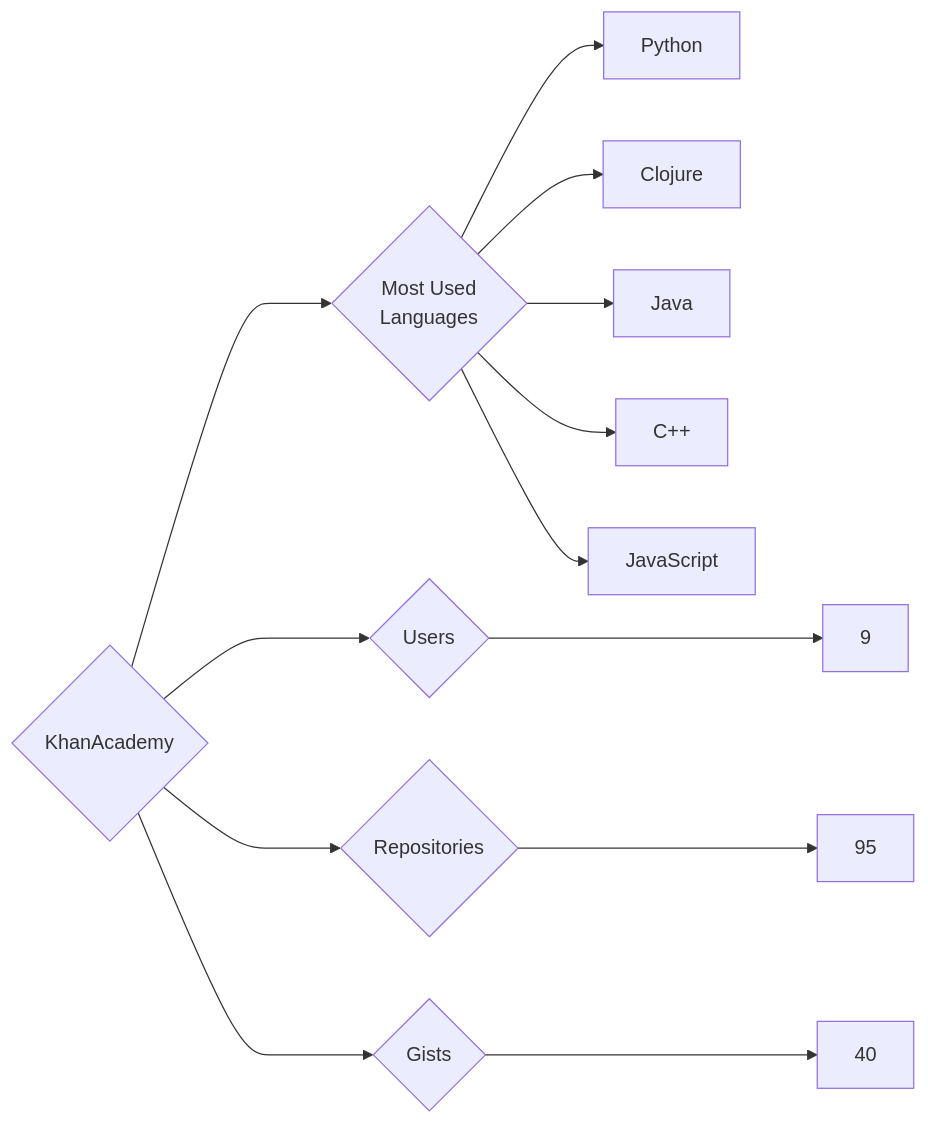
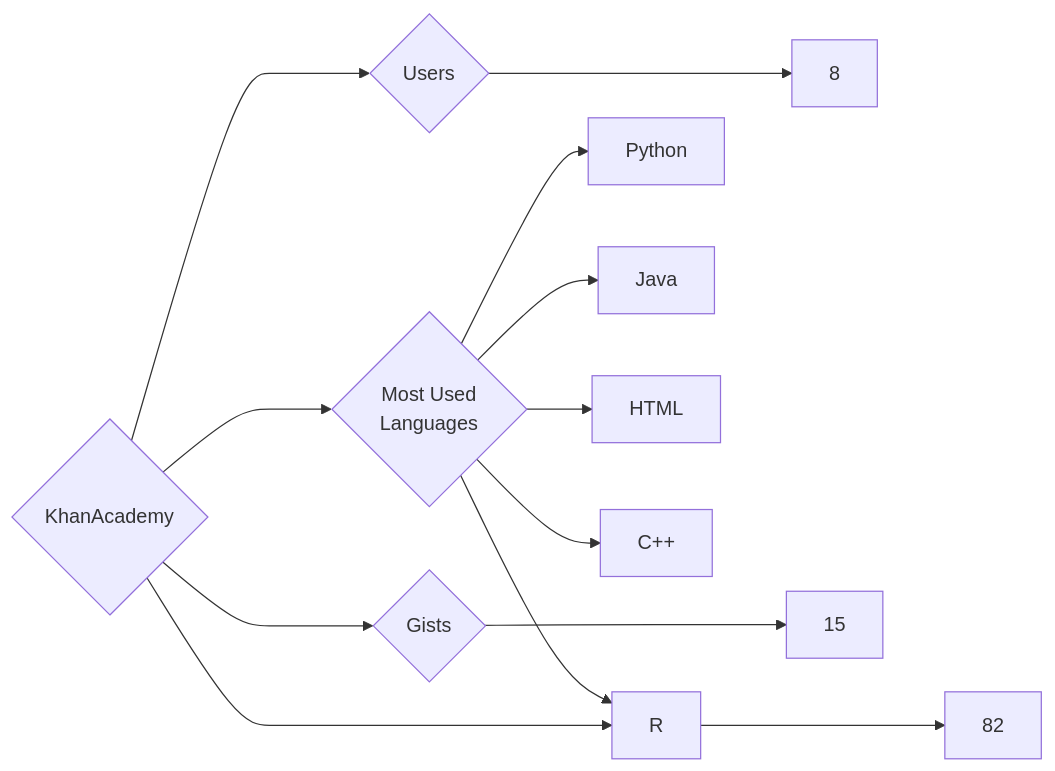
Before and after one commit to trickest/insiders: the diagram in targets/KhanAcademy/README.md, drawn with Mermaid. The commit also changed 1389 other files, not shown here.

````diff
--- a/targets/KhanAcademy/README.md
+++ b/targets/KhanAcademy/README.md
@@ -3,13 +3,13 @@
 ```mermaid
 graph LR
 COMPANY_NAME{KhanAcademy}
-COMPANY_NAME ---> U{Users} ---> UN[9]
-COMPANY_NAME ---> R{Repositories} ---> RN[95]
-COMPANY_NAME ---> G{Gists} ---> GN[40]
+COMPANY_NAME ---> U{Users} ---> UN[8]
+COMPANY_NAME ---> R{Repositories} ---> RN[82]
+COMPANY_NAME ---> G{Gists} ---> GN[15]
 COMPANY_NAME ---> ML{Most Used<br>Languages}
 ML --> Python[Python]
-ML --> Clojure[Clojure]
 ML --> Java[Java]
+ML --> HTML[HTML]
 ML --> C++[C++]
-ML --> JavaScript[JavaScript]
+ML --> R[R]
 ```
````
